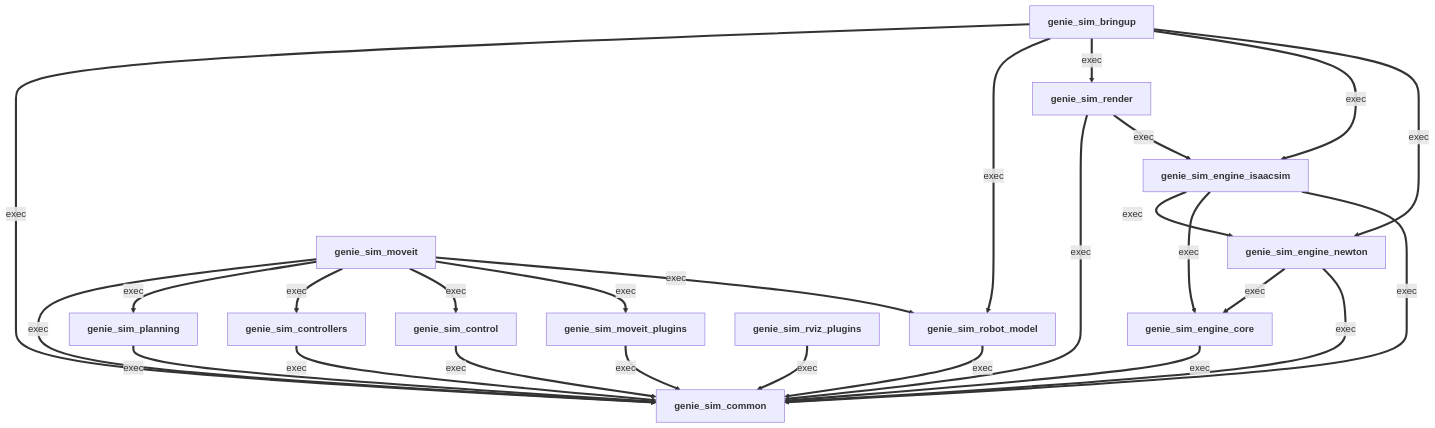
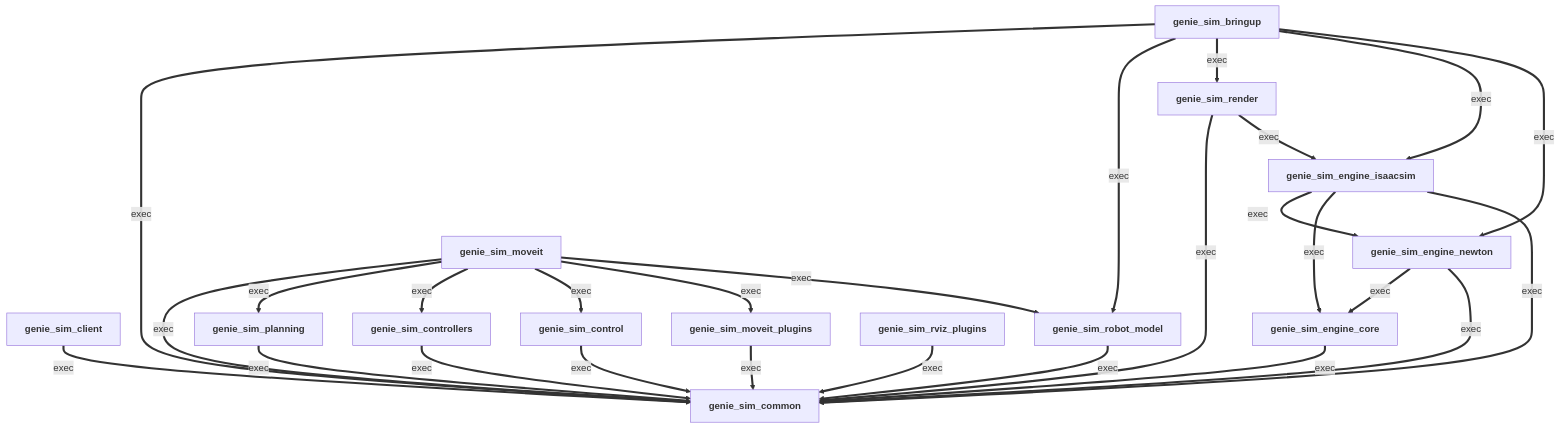
Before and after one commit to AgibotTech/genie_sim: the diagram in source/geniesim_ros/README.md, drawn with Mermaid. The commit also changed other lines of this file and 9 other files, not shown here.

````diff
--- a/source/geniesim_ros/README.md
+++ b/source/geniesim_ros/README.md
@@ -226,47 +227,49 @@
 ```mermaid
 graph TD
   %% Auto-generated by `geniesim tool ros-dag --fix`.
   %% Edges: -->|build|/|buildtool| build-time deps;
   %%        ==>|exec| runtime deps; -.->|test| test deps.
   %% Source: source/geniesim_ros/src/ros_ws/src/*/package.xml.
 
   genie_sim_bringup["<b>genie_sim_bringup</b>"]
+  genie_sim_client["<b>genie_sim_client</b>"]
   genie_sim_common["<b>genie_sim_common</b>"]
   genie_sim_control["<b>genie_sim_control</b>"]
   genie_sim_controllers["<b>genie_sim_controllers</b>"]
   genie_sim_engine_core["<b>genie_sim_engine_core</b>"]
   genie_sim_engine_isaacsim["<b>genie_sim_engine_isaacsim</b>"]
   genie_sim_engine_newton["<b>genie_sim_engine_newton</b>"]
   genie_sim_moveit["<b>genie_sim_moveit</b>"]
   genie_sim_moveit_plugins["<b>genie_sim_moveit_plugins</b>"]
   genie_sim_planning["<b>genie_sim_planning</b>"]
   genie_sim_render["<b>genie_sim_render</b>"]
   genie_sim_robot_model["<b>genie_sim_robot_model</b>"]
   genie_sim_rviz_plugins["<b>genie_sim_rviz_plugins</b>"]
 
   genie_sim_bringup ==>|exec| genie_sim_engine_newton
   genie_sim_bringup ==>|exec| genie_sim_engine_isaacsim
   genie_sim_bringup ==>|exec| genie_sim_render
   genie_sim_bringup ==>|exec| genie_sim_robot_model
   genie_sim_moveit ==>|exec| genie_sim_robot_model
   genie_sim_moveit ==>|exec| genie_sim_moveit_plugins
   genie_sim_moveit ==>|exec| genie_sim_control
   genie_sim_moveit ==>|exec| genie_sim_controllers
   genie_sim_moveit ==>|exec| genie_sim_planning
   genie_sim_render ==>|exec| genie_sim_engine_isaacsim
   genie_sim_bringup ==>|exec| genie_sim_common
+  genie_sim_client ==>|exec| genie_sim_common
   genie_sim_control ==>|exec| genie_sim_common
   genie_sim_controllers ==>|exec| genie_sim_common
   genie_sim_engine_core ==>|exec| genie_sim_common
   genie_sim_engine_isaacsim ==>|exec| genie_sim_common
   genie_sim_engine_isaacsim ==>|exec| genie_sim_engine_core
   genie_sim_engine_isaacsim ==>|exec| genie_sim_engine_newton
   genie_sim_engine_newton ==>|exec| genie_sim_common
   genie_sim_engine_newton ==>|exec| genie_sim_engine_core
   genie_sim_moveit ==>|exec| genie_sim_common
   genie_sim_moveit_plugins ==>|exec| genie_sim_common
   genie_sim_planning ==>|exec| genie_sim_common
   genie_sim_render ==>|exec| genie_sim_common
   genie_sim_robot_model ==>|exec| genie_sim_common
   genie_sim_rviz_plugins ==>|exec| genie_sim_common
 ```
````
